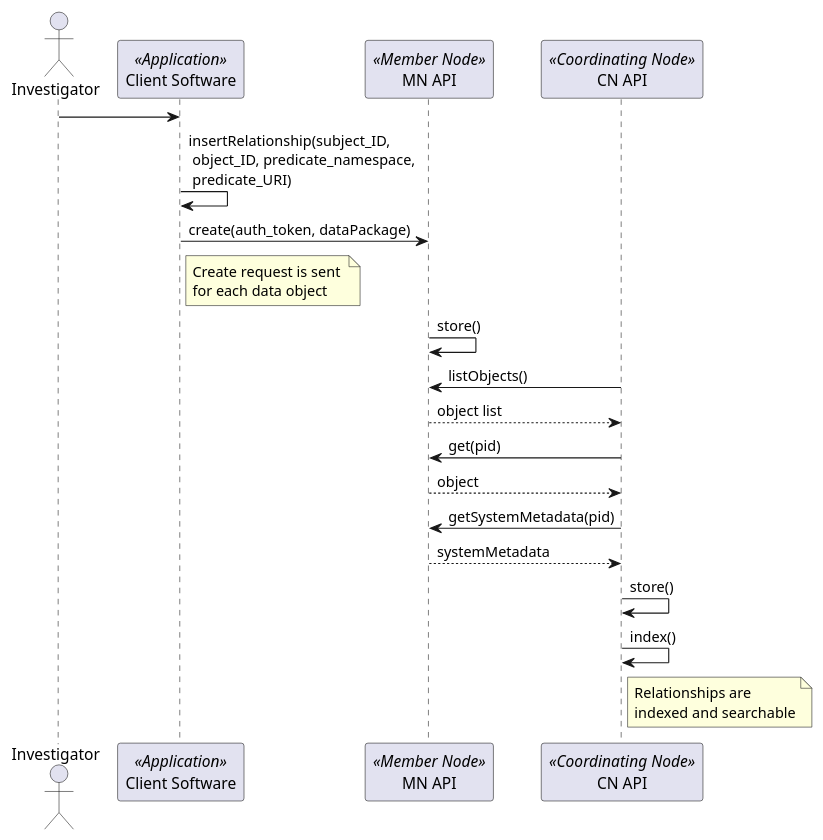
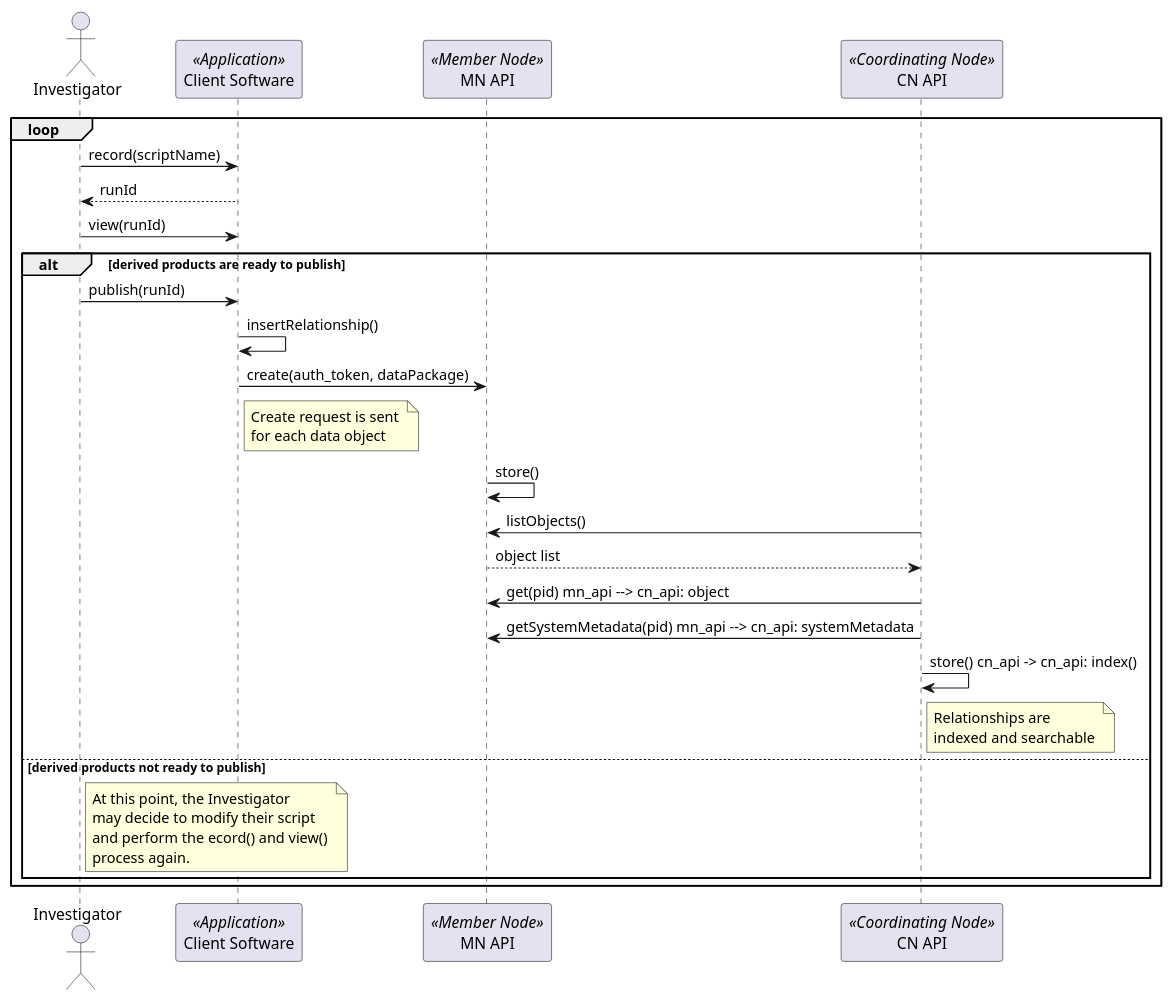
The second of 2 diagrams in docs/use-cases/provenance/use-case-41.md (DataONEorg/sem-prov-design), drawn with PlantUML before and after one commit. The commit also changed other lines of this file and 3 other files, not shown here.

Commit message:
update use case 41 diagrams with record(), view(), publish()

```diff
--- a/docs/use-cases/provenance/use-case-41.md
+++ b/docs/use-cases/provenance/use-case-41.md
@@ -28,35 +32,38 @@
-@startuml images/41_seq.png
-   Actor Investigator
-   participant "Client Software" as app_client << Application >>
-   Investigator -> app_client
-   participant "MN API" as mn_api << Member Node >>
-   participant "CN API" as cn_api << Coordinating Node >>
-   
-   app_client -> app_client: insertRelationship(subject_ID, \n object_ID, predicate_namespace, \n predicate_URI)
-   
-   app_client -> mn_api: create(auth_token, dataPackage)
-   note right of app_client 
-   Create request is sent 
-   for each data object
-   end note
-   
-   mn_api -> mn_api: store()
-
-   cn_api -> mn_api: listObjects()
-   
-   mn_api --> cn_api: object list
-   
-   cn_api -> mn_api: get(pid)
-   mn_api --> cn_api: object
-   
-   cn_api -> mn_api: getSystemMetadata(pid)
-   mn_api --> cn_api: systemMetadata
-
-   cn_api -> cn_api: store()
-   cn_api -> cn_api: index()
-   note right of cn_api
-   Relationships are
-   indexed and searchable
-   end note
-
-   @enduml
+ @startuml images/41_seq.png 
+ Actor Investigator 
+ participant "Client Software" as app_client << Application >> 
+ participant "MN API" as mn_api << Member Node >> 
+ participant "CN API" as cn_api << Coordinating Node >>
+ loop
+ Investigator -> app_client: record(scriptName)
+ app_client --> Investigator: runId
+ Investigator -> app_client: view(runId)
+ alt derived products are ready to publish
+ Investigator -> app_client: publish(runId)
+ app_client -> app_client: insertRelationship()
+ app_client -> mn_api: create(auth_token, dataPackage) 
+ note right of app_client 
+ Create request is sent 
+ for each data object 
+ end note
+ mn_api -> mn_api: store()
+ cn_api -> mn_api: listObjects()
+ mn_api --> cn_api: object list
+ cn_api -> mn_api: get(pid) mn_api --> cn_api: object
+ cn_api -> mn_api: getSystemMetadata(pid) mn_api --> cn_api: systemMetadata
+ cn_api -> cn_api: store() cn_api -> cn_api: index() 
+ note right of cn_api 
+ Relationships are 
+ indexed and searchable 
+ end note
+ else derived products not ready to publish
+ note right of Investigator
+ At this point, the Investigator 
+ may decide to modify their script 
+ and perform the ecord() and view() 
+ process again.
+ end note
+ end
+ end
+ 
+ @enduml
```
